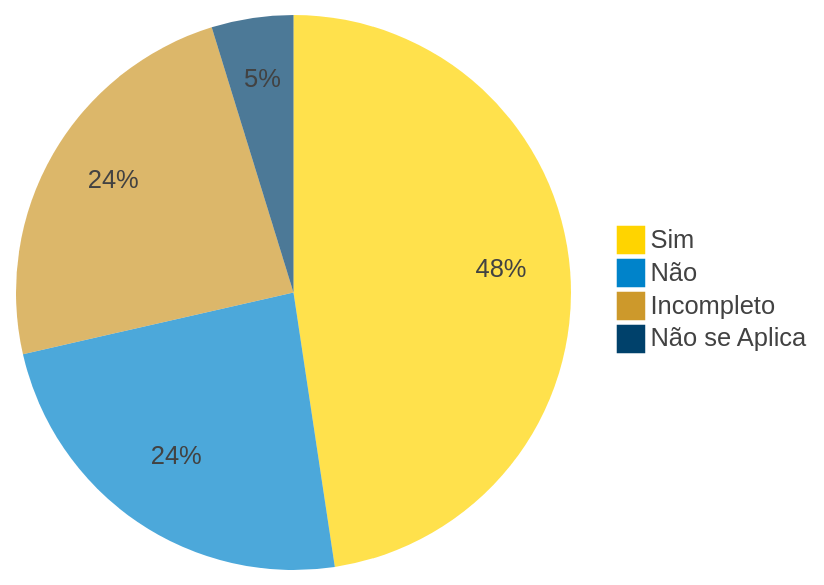
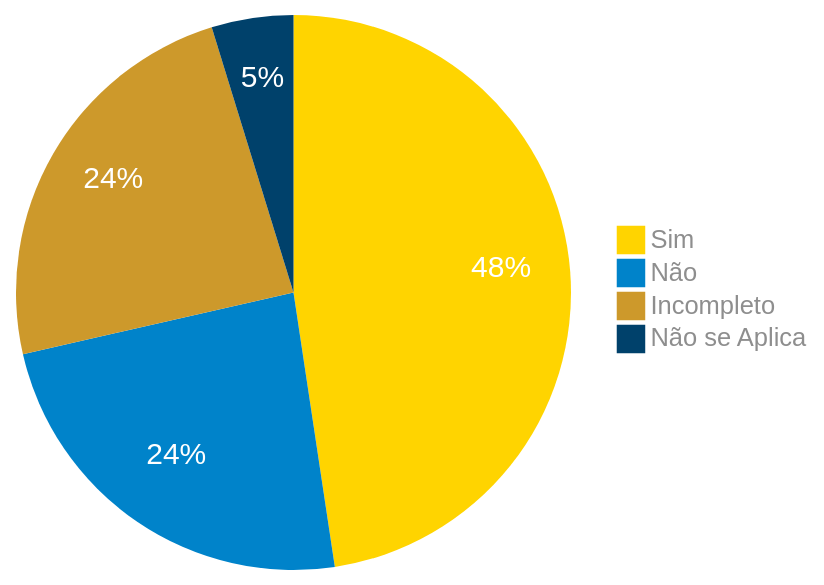
One commit to claudiohsc/2024.1-Correios changed the diagram in docs/verificacao_01/grupo/template.md. Above: the diagram before and after it, drawn with Mermaid. The commit also changed other lines of this file, not shown here.

````diff
--- a/docs/verificacao_01/grupo/template.md
+++ b/docs/verificacao_01/grupo/template.md
@@ -59,21 +59,24 @@
 ``` mermaid
 %%{
   init: {
     'theme': 'base',
     'themeVariables': {
         'primaryColor': '#FFD400',
         'secondaryColor': '#0083CA',
         'tertiaryColor': '#CD992B',
         'pie4': '#00416B',
-        'primaryTextColor': '#424242',
+        'primaryTextColor': '#8e8e8e',
         'pieStrokeWidth': '0px',
-        'pieOuterStrokeWidth': '0px'
+        'pieOuterStrokeWidth': '0px',
+        'pieOpacity': '1',
+        'pieSectionTextColor': '#fff',
+        'pieSectionTextSize': '20px'
     }
   }
 }%%
 pie
     "Sim" : 10
     "Não" : 5
     "Incompleto" : 5
     "Não se Aplica" : 1
 ```
````
